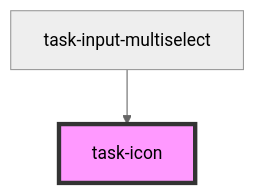
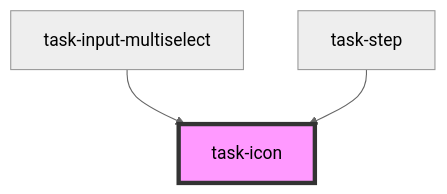
Before and after one commit to dschultz0/task-components: the diagram in src/components/task-icon/readme.md, drawn with Mermaid (neutral theme). The commit also changed other lines of this file and 1 other file, not shown here.

Commit message:
Add caret icons

````diff
--- a/src/components/task-icon/readme.md
+++ b/src/components/task-icon/readme.md
@@ -22,5 +23,6 @@
 ```mermaid
 graph TD;
   task-input-multiselect --> task-icon
+  task-step --> task-icon
   style task-icon fill:#f9f,stroke:#333,stroke-width:4px
 ```
````
